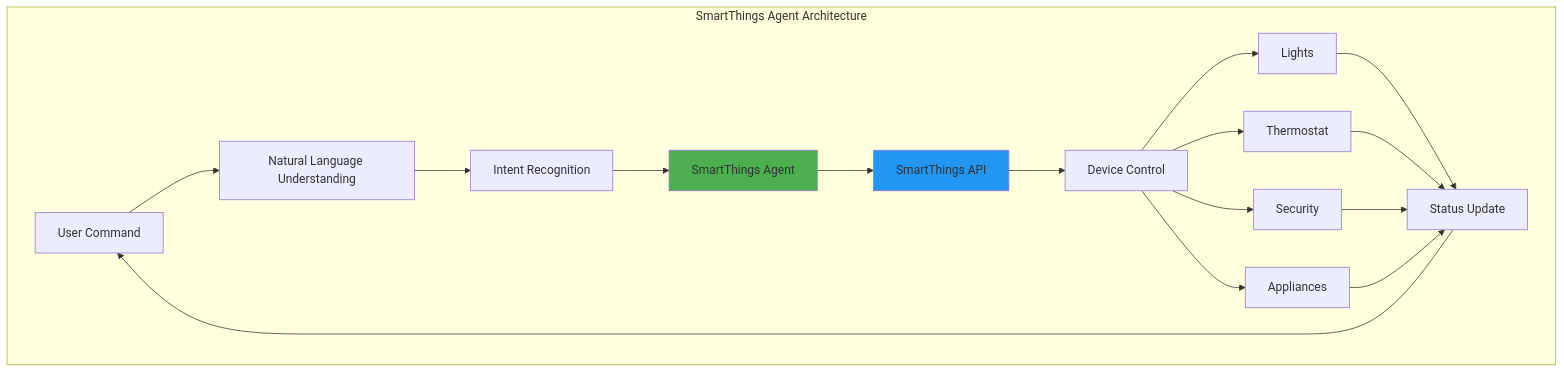
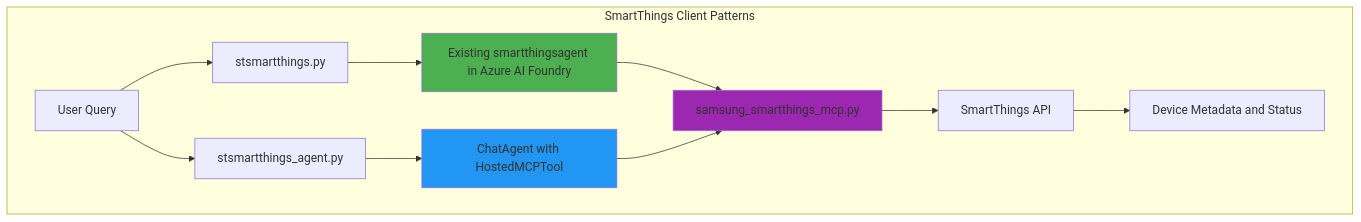
Diagram 17 of 30 in docs/PYTHON_MODULES.md (balakreshnan/msagentframework), drawn with Mermaid before and after one commit. The commit also changed other lines of this file and 9 other files, not shown here.

Commit message:
Centralize SmartThings docs in docs folder

````diff
--- a/docs/PYTHON_MODULES.md
+++ b/docs/PYTHON_MODULES.md
@@ -486,27 +486,19 @@
 ```mermaid
 graph TB
-    subgraph "SmartThings Agent Architecture"
-        USER[User Command] --> NLU[Natural Language Understanding]
-        NLU --> INTENT[Intent Recognition]
-        
-        INTENT --> AGENT[SmartThings Agent]
-        
-        AGENT --> API[SmartThings API]
-        API --> DEVICES[Device Control]
-        
-        DEVICES --> D1[Lights]
-        DEVICES --> D2[Thermostat]
-        DEVICES --> D3[Security]
-        DEVICES --> D4[Appliances]
-        
-        D1 --> STATUS[Status Update]
-        D2 --> STATUS
-        D3 --> STATUS
-        D4 --> STATUS
-        
-        STATUS --> USER
+    subgraph "SmartThings Client Patterns"
+        USER[User Query] --> UI1[stsmartthings.py]
+        USER --> UI2[stsmartthings_agent.py]
+
+        UI1 --> FOUND[Existing smartthingsagent in Azure AI Foundry]
+        UI2 --> CHAT[ChatAgent with HostedMCPTool]
+
+        FOUND --> MCP[samsung_smartthings_mcp.py]
+        CHAT --> MCP
+        MCP --> ST[SmartThings API]
+        ST --> DEV[Device Metadata and Status]
     end
-    
-    style AGENT fill:#4CAF50
-    style API fill:#2196F3
+
+    style FOUND fill:#4CAF50
+    style CHAT fill:#2196F3
+    style MCP fill:#9C27B0
 ```
````
